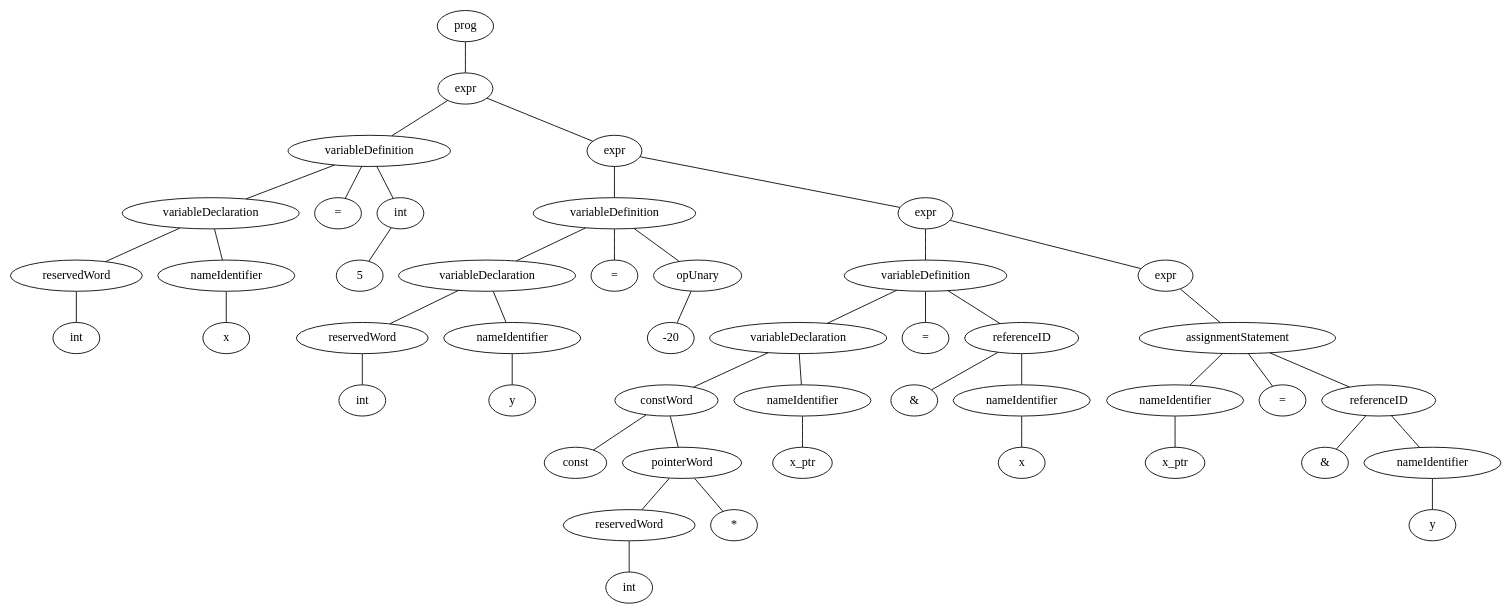
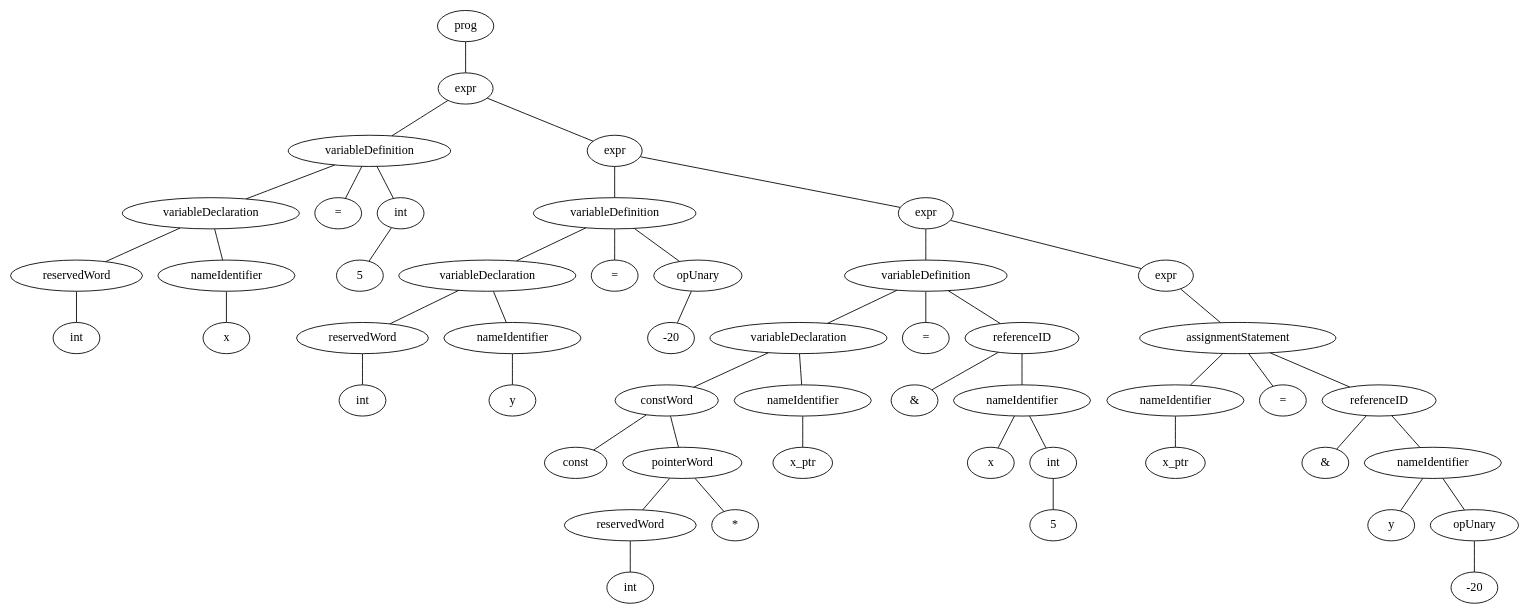
Before and after one commit to Marcel-aka-Satum/Compilers: the diagram in TestenExpectedOutput/correctTests/pointers.c.ast.dot, drawn with Graphviz. The commit also changed 75 other files, not shown here.

```diff
--- a/TestenExpectedOutput/correctTests/pointers.c.ast.dot
+++ b/TestenExpectedOutput/correctTests/pointers.c.ast.dot
@@ -1,93 +1,101 @@
 graph ast { 
-<AST.AST object at 0x7f621bfa31f0>[label="prog"] 
-<AST.AST object at 0x7f621bfa3b50>[label="expr"] 
-<AST.AST object at 0x7f621bfa3610>[label="variableDefinition"] 
-<AST.AST object at 0x7f621bfa38e0>[label="variableDeclaration"] 
-<AST.AST object at 0x7f621c03e700>[label="reservedWord"] 
-<AST.AST object at 0x7f621c03e6a0>[label="int"] 
-<AST.AST object at 0x7f621c03ea00>[label="nameIdentifier"] 
-<AST.AST object at 0x7f621c03e9a0>[label="x"] 
-<AST.AST object at 0x7f621bfa3220>[label="="] 
-<AST.AST object at 0x7f621c047910>[label="int"] 
-<AST.AST object at 0x7f621c047c10>[label="5"] 
-<AST.AST object at 0x7f621bfa3dc0>[label="expr"] 
-<AST.AST object at 0x7f621c0464f0>[label="variableDefinition"] 
-<AST.AST object at 0x7f621c046850>[label="variableDeclaration"] 
-<AST.AST object at 0x7f621bfa1be0>[label="reservedWord"] 
-<AST.AST object at 0x7f621bfa1b80>[label="int"] 
-<AST.AST object at 0x7f621bfa1e50>[label="nameIdentifier"] 
-<AST.AST object at 0x7f621bfa13a0>[label="y"] 
-<AST.AST object at 0x7f621c046a90>[label="="] 
-<AST.AST object at 0x7f621bfa1220>[label="opUnary"] 
-<AST.AST object at 0x7f621bfa1640>[label="-20"] 
-<AST.AST object at 0x7f621c0474c0>[label="expr"] 
-<AST.AST object at 0x7f621bf9c9d0>[label="variableDefinition"] 
-<AST.AST object at 0x7f621bf9c790>[label="variableDeclaration"] 
-<AST.AST object at 0x7f621bf9c610>[label="constWord"] 
-<AST.AST object at 0x7f621bf9c2e0>[label="const"] 
-<AST.AST object at 0x7f621bf9cdf0>[label="pointerWord"] 
-<AST.AST object at 0x7f621bf9cd00>[label="reservedWord"] 
-<AST.AST object at 0x7f621bf9c850>[label="int"] 
-<AST.AST object at 0x7f621bf9c760>[label="*"] 
-<AST.AST object at 0x7f621c042b20>[label="nameIdentifier"] 
-<AST.AST object at 0x7f621c042b80>[label="x_ptr"] 
-<AST.AST object at 0x7f621bf9c7c0>[label="="] 
-<AST.AST object at 0x7f621c04c520>[label="referenceID"] 
-<AST.AST object at 0x7f621c04c040>[label="&"] 
-<AST.AST object at 0x7f621c04cb50>[label="nameIdentifier"] 
-<AST.AST object at 0x7f621c04c4c0>[label="x"] 
-<AST.AST object at 0x7f621bf9c7f0>[label="expr"] 
-<AST.AST object at 0x7f621c04cfd0>[label="assignmentStatement"] 
-<AST.AST object at 0x7f621bf9d700>[label="nameIdentifier"] 
-<AST.AST object at 0x7f621bf9d6d0>[label="x_ptr"] 
-<AST.AST object at 0x7f621bf9dc40>[label="="] 
-<AST.AST object at 0x7f621bf9d0a0>[label="referenceID"] 
-<AST.AST object at 0x7f621bf9ddf0>[label="&"] 
-<AST.AST object at 0x7f621bf9d670>[label="nameIdentifier"] 
-<AST.AST object at 0x7f621bf9d3a0>[label="y"] 
-<AST.AST object at 0x7f621bfa31f0> -- <AST.AST object at 0x7f621bfa3b50>
-<AST.AST object at 0x7f621bfa3b50> -- <AST.AST object at 0x7f621bfa3610>
-<AST.AST object at 0x7f621bfa3610> -- <AST.AST object at 0x7f621bfa38e0>
-<AST.AST object at 0x7f621bfa38e0> -- <AST.AST object at 0x7f621c03e700>
-<AST.AST object at 0x7f621c03e700> -- <AST.AST object at 0x7f621c03e6a0>
-<AST.AST object at 0x7f621bfa38e0> -- <AST.AST object at 0x7f621c03ea00>
-<AST.AST object at 0x7f621c03ea00> -- <AST.AST object at 0x7f621c03e9a0>
-<AST.AST object at 0x7f621bfa3610> -- <AST.AST object at 0x7f621bfa3220>
-<AST.AST object at 0x7f621bfa3610> -- <AST.AST object at 0x7f621c047910>
-<AST.AST object at 0x7f621c047910> -- <AST.AST object at 0x7f621c047c10>
-<AST.AST object at 0x7f621bfa3b50> -- <AST.AST object at 0x7f621bfa3dc0>
-<AST.AST object at 0x7f621bfa3dc0> -- <AST.AST object at 0x7f621c0464f0>
-<AST.AST object at 0x7f621c0464f0> -- <AST.AST object at 0x7f621c046850>
-<AST.AST object at 0x7f621c046850> -- <AST.AST object at 0x7f621bfa1be0>
-<AST.AST object at 0x7f621bfa1be0> -- <AST.AST object at 0x7f621bfa1b80>
-<AST.AST object at 0x7f621c046850> -- <AST.AST object at 0x7f621bfa1e50>
-<AST.AST object at 0x7f621bfa1e50> -- <AST.AST object at 0x7f621bfa13a0>
-<AST.AST object at 0x7f621c0464f0> -- <AST.AST object at 0x7f621c046a90>
-<AST.AST object at 0x7f621c0464f0> -- <AST.AST object at 0x7f621bfa1220>
-<AST.AST object at 0x7f621bfa1220> -- <AST.AST object at 0x7f621bfa1640>
-<AST.AST object at 0x7f621bfa3dc0> -- <AST.AST object at 0x7f621c0474c0>
-<AST.AST object at 0x7f621c0474c0> -- <AST.AST object at 0x7f621bf9c9d0>
-<AST.AST object at 0x7f621bf9c9d0> -- <AST.AST object at 0x7f621bf9c790>
-<AST.AST object at 0x7f621bf9c790> -- <AST.AST object at 0x7f621bf9c610>
-<AST.AST object at 0x7f621bf9c610> -- <AST.AST object at 0x7f621bf9c2e0>
-<AST.AST object at 0x7f621bf9c610> -- <AST.AST object at 0x7f621bf9cdf0>
-<AST.AST object at 0x7f621bf9cdf0> -- <AST.AST object at 0x7f621bf9cd00>
-<AST.AST object at 0x7f621bf9cd00> -- <AST.AST object at 0x7f621bf9c850>
-<AST.AST object at 0x7f621bf9cdf0> -- <AST.AST object at 0x7f621bf9c760>
-<AST.AST object at 0x7f621bf9c790> -- <AST.AST object at 0x7f621c042b20>
-<AST.AST object at 0x7f621c042b20> -- <AST.AST object at 0x7f621c042b80>
-<AST.AST object at 0x7f621bf9c9d0> -- <AST.AST object at 0x7f621bf9c7c0>
-<AST.AST object at 0x7f621bf9c9d0> -- <AST.AST object at 0x7f621c04c520>
-<AST.AST object at 0x7f621c04c520> -- <AST.AST object at 0x7f621c04c040>
-<AST.AST object at 0x7f621c04c520> -- <AST.AST object at 0x7f621c04cb50>
-<AST.AST object at 0x7f621c04cb50> -- <AST.AST object at 0x7f621c04c4c0>
-<AST.AST object at 0x7f621c0474c0> -- <AST.AST object at 0x7f621bf9c7f0>
-<AST.AST object at 0x7f621bf9c7f0> -- <AST.AST object at 0x7f621c04cfd0>
-<AST.AST object at 0x7f621c04cfd0> -- <AST.AST object at 0x7f621bf9d700>
-<AST.AST object at 0x7f621bf9d700> -- <AST.AST object at 0x7f621bf9d6d0>
-<AST.AST object at 0x7f621c04cfd0> -- <AST.AST object at 0x7f621bf9dc40>
-<AST.AST object at 0x7f621c04cfd0> -- <AST.AST object at 0x7f621bf9d0a0>
-<AST.AST object at 0x7f621bf9d0a0> -- <AST.AST object at 0x7f621bf9ddf0>
-<AST.AST object at 0x7f621bf9d0a0> -- <AST.AST object at 0x7f621bf9d670>
-<AST.AST object at 0x7f621bf9d670> -- <AST.AST object at 0x7f621bf9d3a0>
+<AST.AST object at 0x7f11734d3280>[label="prog"] 
+<AST.AST object at 0x7f1173487bb0>[label="expr"] 
+<AST.AST object at 0x7f1173331df0>[label="variableDefinition"] 
+<AST.AST object at 0x7f11734a2790>[label="variableDeclaration"] 
+<AST.AST object at 0x7f1173452b50>[label="reservedWord"] 
+<AST.AST object at 0x7f1173540ac0>[label="int"] 
+<AST.AST object at 0x7f11734e2fa0>[label="nameIdentifier"] 
+<AST.AST object at 0x7f117345b7f0>[label="x"] 
+<AST.AST object at 0x7f11734a20a0>[label="="] 
+<AST.AST object at 0x7f11734febe0>[label="int"] 
+<AST.AST object at 0x7f11735128e0>[label="5"] 
+<AST.AST object at 0x7f1173331f40>[label="expr"] 
+<AST.AST object at 0x7f1173386ac0>[label="variableDefinition"] 
+<AST.AST object at 0x7f1173386dc0>[label="variableDeclaration"] 
+<AST.AST object at 0x7f1173386340>[label="reservedWord"] 
+<AST.AST object at 0x7f11733d6100>[label="int"] 
+<AST.AST object at 0x7f11733d60d0>[label="nameIdentifier"] 
+<AST.AST object at 0x7f11734545b0>[label="y"] 
+<AST.AST object at 0x7f1173386760>[label="="] 
+<AST.AST object at 0x7f1173550880>[label="opUnary"] 
+<AST.AST object at 0x7f1173550ca0>[label="-20"] 
+<AST.AST object at 0x7f1173386e20>[label="expr"] 
+<AST.AST object at 0x7f11733809a0>[label="variableDefinition"] 
+<AST.AST object at 0x7f11734e4b80>[label="variableDeclaration"] 
+<AST.AST object at 0x7f11734e4580>[label="constWord"] 
+<AST.AST object at 0x7f1173408f40>[label="const"] 
+<AST.AST object at 0x7f1173459cd0>[label="pointerWord"] 
+<AST.AST object at 0x7f1173459f40>[label="reservedWord"] 
+<AST.AST object at 0x7f11734594f0>[label="int"] 
+<AST.AST object at 0x7f1173459f10>[label="*"] 
+<AST.AST object at 0x7f11733a4ac0>[label="nameIdentifier"] 
+<AST.AST object at 0x7f11733a47c0>[label="x_ptr"] 
+<AST.AST object at 0x7f11734e4bb0>[label="="] 
+<AST.AST object at 0x7f11733a4d30>[label="referenceID"] 
+<AST.AST object at 0x7f11733a4430>[label="&"] 
+<AST.AST object at 0x7f11733a4bb0>[label="nameIdentifier"] 
+<AST.AST object at 0x7f11733a4310>[label="x"] 
+<AST.AST object at 0x7f117338a430>[label="int"] 
+<AST.AST object at 0x7f1173390940>[label="5"] 
+<AST.AST object at 0x7f1173380e80>[label="expr"] 
+<AST.AST object at 0x7f1173381100>[label="assignmentStatement"] 
+<AST.AST object at 0x7f11733812e0>[label="nameIdentifier"] 
+<AST.AST object at 0x7f11733813d0>[label="x_ptr"] 
+<AST.AST object at 0x7f11733812b0>[label="="] 
+<AST.AST object at 0x7f11733819a0>[label="referenceID"] 
+<AST.AST object at 0x7f1173381a90>[label="&"] 
+<AST.AST object at 0x7f1173381b50>[label="nameIdentifier"] 
+<AST.AST object at 0x7f1173381c40>[label="y"] 
+<AST.AST object at 0x7f1173390ac0>[label="opUnary"] 
+<AST.AST object at 0x7f11733aa310>[label="-20"] 
+<AST.AST object at 0x7f11734d3280> -- <AST.AST object at 0x7f1173487bb0>
+<AST.AST object at 0x7f1173487bb0> -- <AST.AST object at 0x7f1173331df0>
+<AST.AST object at 0x7f1173331df0> -- <AST.AST object at 0x7f11734a2790>
+<AST.AST object at 0x7f11734a2790> -- <AST.AST object at 0x7f1173452b50>
+<AST.AST object at 0x7f1173452b50> -- <AST.AST object at 0x7f1173540ac0>
+<AST.AST object at 0x7f11734a2790> -- <AST.AST object at 0x7f11734e2fa0>
+<AST.AST object at 0x7f11734e2fa0> -- <AST.AST object at 0x7f117345b7f0>
+<AST.AST object at 0x7f1173331df0> -- <AST.AST object at 0x7f11734a20a0>
+<AST.AST object at 0x7f1173331df0> -- <AST.AST object at 0x7f11734febe0>
+<AST.AST object at 0x7f11734febe0> -- <AST.AST object at 0x7f11735128e0>
+<AST.AST object at 0x7f1173487bb0> -- <AST.AST object at 0x7f1173331f40>
+<AST.AST object at 0x7f1173331f40> -- <AST.AST object at 0x7f1173386ac0>
+<AST.AST object at 0x7f1173386ac0> -- <AST.AST object at 0x7f1173386dc0>
+<AST.AST object at 0x7f1173386dc0> -- <AST.AST object at 0x7f1173386340>
+<AST.AST object at 0x7f1173386340> -- <AST.AST object at 0x7f11733d6100>
+<AST.AST object at 0x7f1173386dc0> -- <AST.AST object at 0x7f11733d60d0>
+<AST.AST object at 0x7f11733d60d0> -- <AST.AST object at 0x7f11734545b0>
+<AST.AST object at 0x7f1173386ac0> -- <AST.AST object at 0x7f1173386760>
+<AST.AST object at 0x7f1173386ac0> -- <AST.AST object at 0x7f1173550880>
+<AST.AST object at 0x7f1173550880> -- <AST.AST object at 0x7f1173550ca0>
+<AST.AST object at 0x7f1173331f40> -- <AST.AST object at 0x7f1173386e20>
+<AST.AST object at 0x7f1173386e20> -- <AST.AST object at 0x7f11733809a0>
+<AST.AST object at 0x7f11733809a0> -- <AST.AST object at 0x7f11734e4b80>
+<AST.AST object at 0x7f11734e4b80> -- <AST.AST object at 0x7f11734e4580>
+<AST.AST object at 0x7f11734e4580> -- <AST.AST object at 0x7f1173408f40>
+<AST.AST object at 0x7f11734e4580> -- <AST.AST object at 0x7f1173459cd0>
+<AST.AST object at 0x7f1173459cd0> -- <AST.AST object at 0x7f1173459f40>
+<AST.AST object at 0x7f1173459f40> -- <AST.AST object at 0x7f11734594f0>
+<AST.AST object at 0x7f1173459cd0> -- <AST.AST object at 0x7f1173459f10>
+<AST.AST object at 0x7f11734e4b80> -- <AST.AST object at 0x7f11733a4ac0>
+<AST.AST object at 0x7f11733a4ac0> -- <AST.AST object at 0x7f11733a47c0>
+<AST.AST object at 0x7f11733809a0> -- <AST.AST object at 0x7f11734e4bb0>
+<AST.AST object at 0x7f11733809a0> -- <AST.AST object at 0x7f11733a4d30>
+<AST.AST object at 0x7f11733a4d30> -- <AST.AST object at 0x7f11733a4430>
+<AST.AST object at 0x7f11733a4d30> -- <AST.AST object at 0x7f11733a4bb0>
+<AST.AST object at 0x7f11733a4bb0> -- <AST.AST object at 0x7f11733a4310>
+<AST.AST object at 0x7f11733a4bb0> -- <AST.AST object at 0x7f117338a430>
+<AST.AST object at 0x7f117338a430> -- <AST.AST object at 0x7f1173390940>
+<AST.AST object at 0x7f1173386e20> -- <AST.AST object at 0x7f1173380e80>
+<AST.AST object at 0x7f1173380e80> -- <AST.AST object at 0x7f1173381100>
+<AST.AST object at 0x7f1173381100> -- <AST.AST object at 0x7f11733812e0>
+<AST.AST object at 0x7f11733812e0> -- <AST.AST object at 0x7f11733813d0>
+<AST.AST object at 0x7f1173381100> -- <AST.AST object at 0x7f11733812b0>
+<AST.AST object at 0x7f1173381100> -- <AST.AST object at 0x7f11733819a0>
+<AST.AST object at 0x7f11733819a0> -- <AST.AST object at 0x7f1173381a90>
+<AST.AST object at 0x7f11733819a0> -- <AST.AST object at 0x7f1173381b50>
+<AST.AST object at 0x7f1173381b50> -- <AST.AST object at 0x7f1173381c40>
+<AST.AST object at 0x7f1173381b50> -- <AST.AST object at 0x7f1173390ac0>
+<AST.AST object at 0x7f1173390ac0> -- <AST.AST object at 0x7f11733aa310>
 }
```
